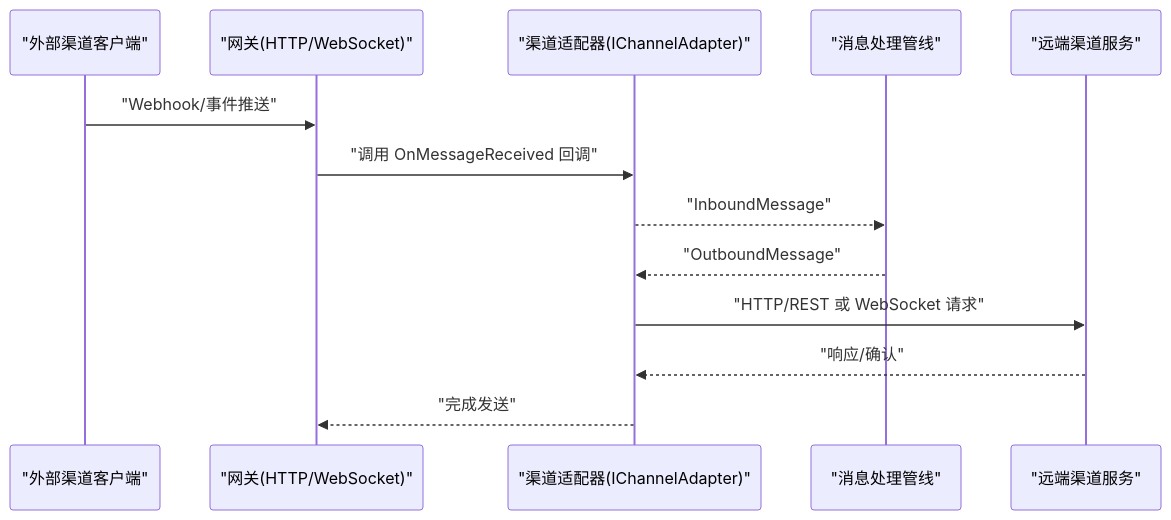
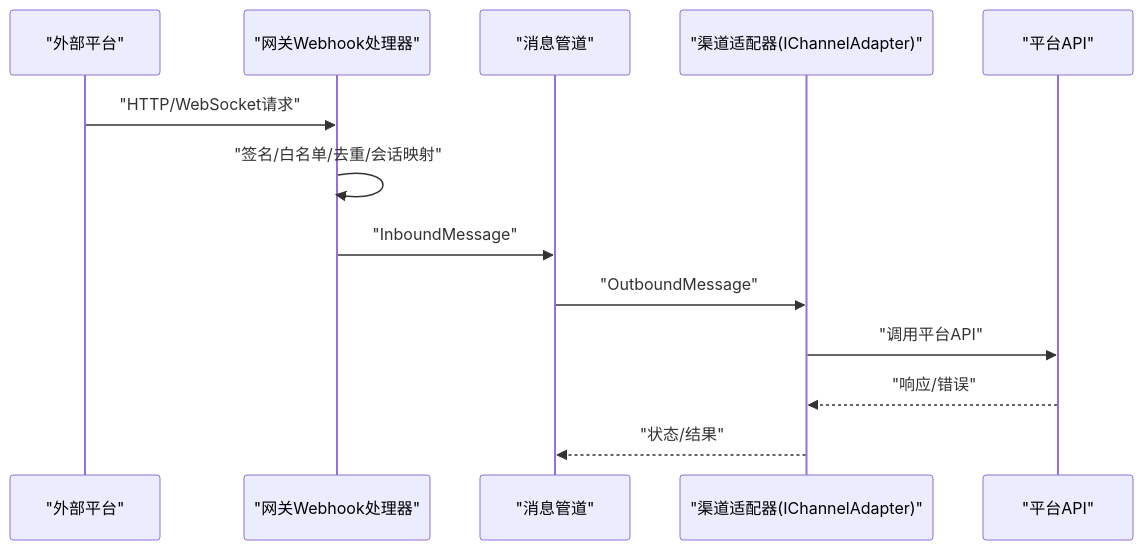
Before and after one commit to wayyet/kingcrab: the second of 9 diagrams in .qoder/repowiki/zh/content/通信渠道/通信渠道.md, drawn with Mermaid. The commit also changed other lines of this file and 431 other files, not shown here.

````diff
--- a/.qoder/repowiki/zh/content/通信渠道/通信渠道.md
+++ b/.qoder/repowiki/zh/content/通信渠道/通信渠道.md
@@ -107,15 +91,15 @@
 ```mermaid
 sequenceDiagram
-participant Client as "外部渠道客户端"
-participant GW as "网关(HTTP/WebSocket)"
-participant Adapter as "渠道适配器(IChannelAdapter)"
-participant Pipeline as "消息处理管线"
-participant Remote as "远端渠道服务"
-Client->>GW : "Webhook/事件推送"
-GW->>Adapter : "调用 OnMessageReceived 回调"
-Adapter-->>Pipeline : "InboundMessage"
-Pipeline-->>Adapter : "OutboundMessage"
-Adapter->>Remote : "HTTP/REST 或 WebSocket 请求"
-Remote-->>Adapter : "响应/确认"
-Adapter-->>GW : "完成发送"
+participant Ext as "外部平台"
+participant GW as "网关Webhook处理器"
+participant Pipe as "消息管道"
+participant CA as "渠道适配器(IChannelAdapter)"
+participant Plat as "平台API"
+Ext->>GW : "HTTP/WebSocket请求"
+GW->>GW : "签名/白名单/去重/会话映射"
+GW->>Pipe : "InboundMessage"
+Pipe->>CA : "OutboundMessage"
+CA->>Plat : "调用平台API"
+Plat-->>CA : "响应/错误"
+CA-->>Pipe : "状态/结果"
 ```
````
